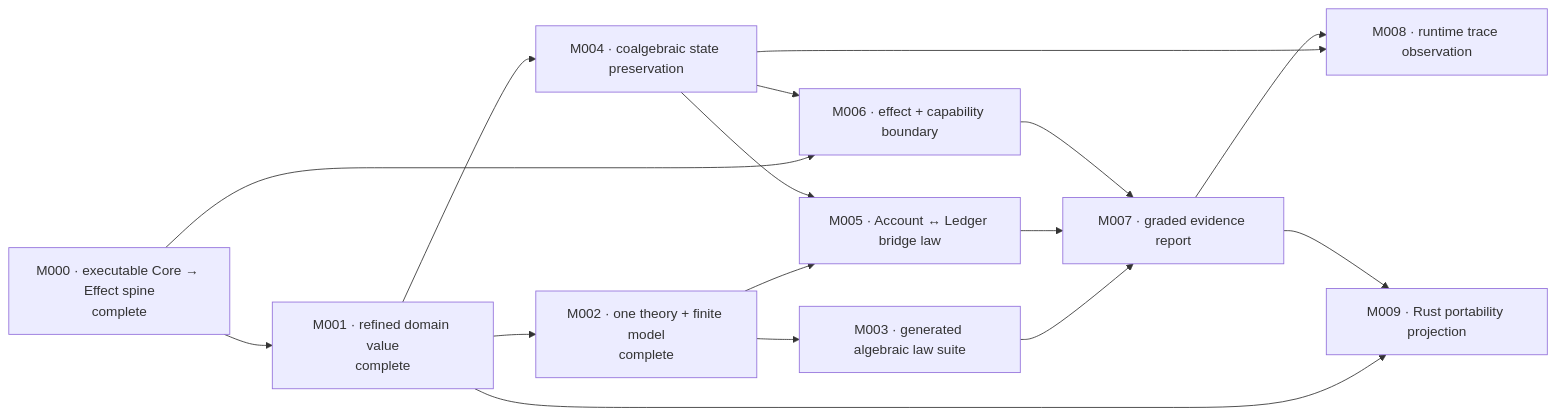
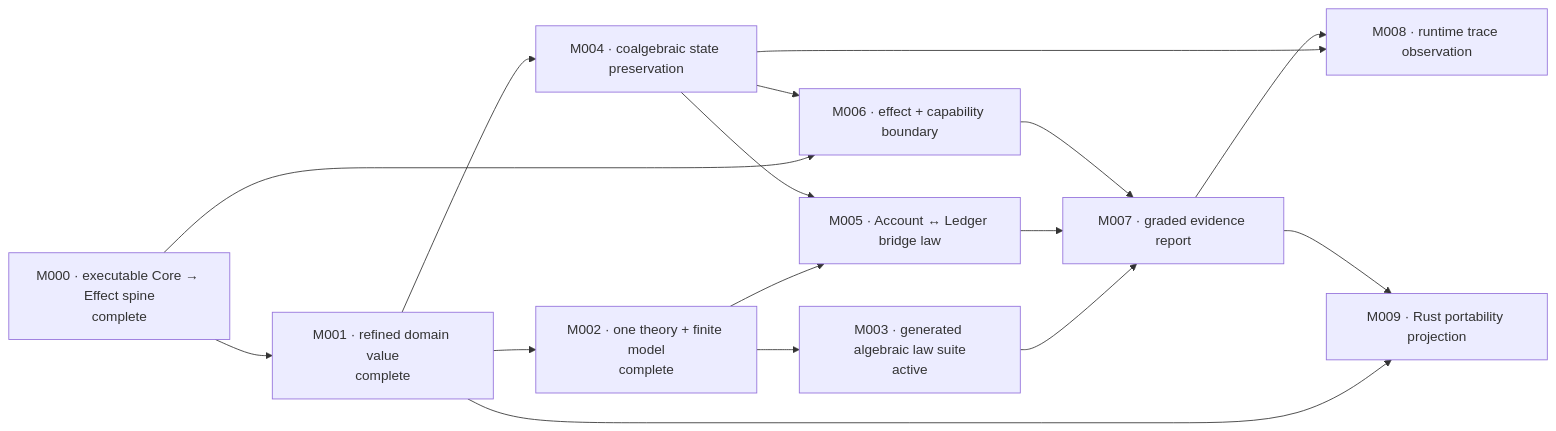
One commit to phibkro/bang-project changed the diagram in CAPABILITIES.md. Above: the diagram before and after it, drawn with Mermaid. The commit also changed other lines of this file and 17 other files, not shown here.

````diff
--- a/CAPABILITIES.md
+++ b/CAPABILITIES.md
@@ -5,27 +5,27 @@
 ```mermaid
 flowchart LR
     M000["M000 · executable Core → Effect spine<br/>complete"]
     M001["M001 · refined domain value<br/>complete"]
     M002["M002 · one theory + finite model<br/>complete"]
-    M003["M003 · generated algebraic law suite"]
+    M003["M003 · generated algebraic law suite<br/>active"]
     M004["M004 · coalgebraic state preservation"]
     M005["M005 · Account ↔ Ledger bridge law"]
     M006["M006 · effect + capability boundary"]
     M007["M007 · graded evidence report"]
     M008["M008 · runtime trace observation"]
     M009["M009 · Rust portability projection"]
 
     M000 --> M001 --> M002 --> M003
     M001 --> M004
     M002 --> M005
     M004 --> M005
     M000 --> M006
     M004 --> M006
     M003 --> M007
     M005 --> M007
     M006 --> M007
     M004 --> M008
     M007 --> M008
     M001 --> M009
     M007 --> M009
 ```
````
